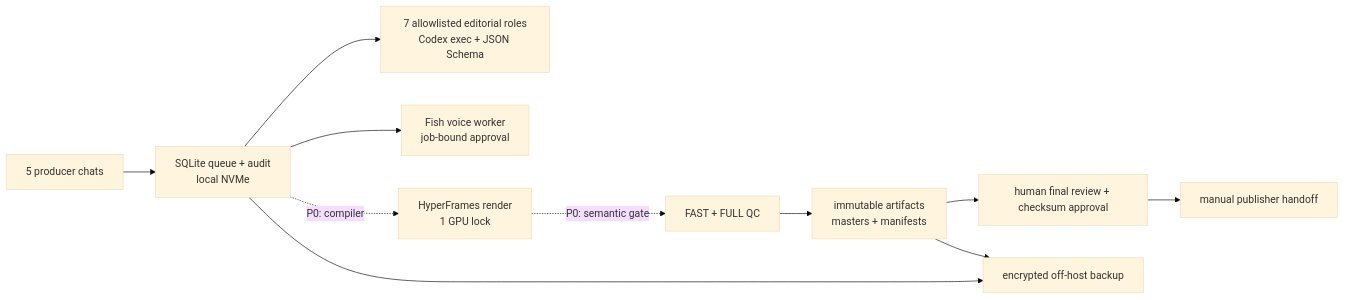
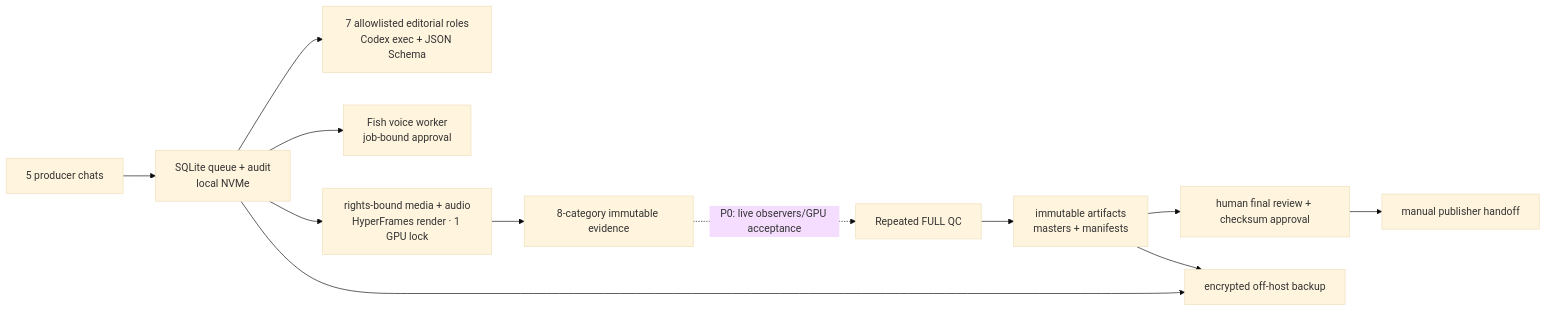
The diagram in factory/deployment/SERVER_MIGRATION_GUIDE.md (Goba4ka/video-factory), drawn with Mermaid (base theme) before and after one commit. The commit also changed other lines of this file and 452 other files, not shown here.

````diff
--- a/factory/deployment/SERVER_MIGRATION_GUIDE.md
+++ b/factory/deployment/SERVER_MIGRATION_GUIDE.md
@@ -70,13 +288,14 @@
 ```mermaid
 flowchart LR
     C["5 producer chats"] --> Q["SQLite queue + audit\nlocal NVMe"]
     Q --> L["7 allowlisted editorial roles\nCodex exec + JSON Schema"]
     Q --> V["Fish voice worker\njob-bound approval"]
-    Q -. "P0: compiler" .-> R["HyperFrames render\n1 GPU lock"]
-    R -. "P0: semantic gate" .-> F["FAST + FULL QC"]
+    Q --> R["rights-bound media + audio\nHyperFrames render · 1 GPU lock"]
+    R --> E["8-category immutable evidence"]
+    E -. "P0: live observers/GPU acceptance" .-> F["Repeated FULL QC"]
     F --> A["immutable artifacts\nmasters + manifests"]
     A --> H["human final review + checksum approval"]
     H --> P["manual publisher handoff"]
     Q --> B["encrypted off-host backup"]
     A --> B
 ```
````
